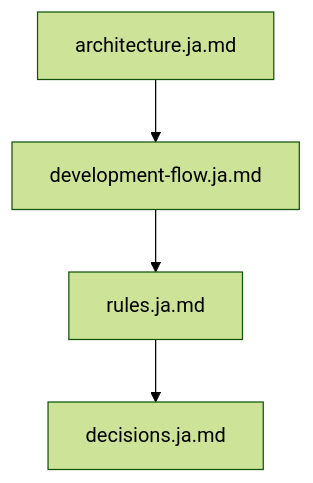
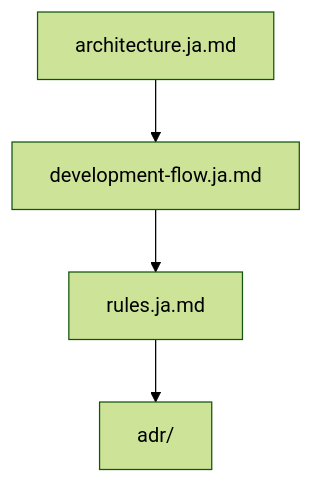
One commit to Tomy-ch/go-boilerplate changed the first of 7 diagrams in docs/ja/index.ja.md. Above: the diagram before and after it, drawn with Mermaid (forest theme). The commit also changed other lines of this file and 7 other files, not shown here.

````diff
--- a/docs/ja/index.ja.md
+++ b/docs/ja/index.ja.md
@@ -24,4 +24,4 @@
 ```mermaid
 flowchart TB
-    A["architecture.ja.md"] --> B["development-flow.ja.md"] --> C["rules.ja.md"] --> D["decisions.ja.md"]
+    A["architecture.ja.md"] --> B["development-flow.ja.md"] --> C["rules.ja.md"] --> D["adr/"]
 ```
````
